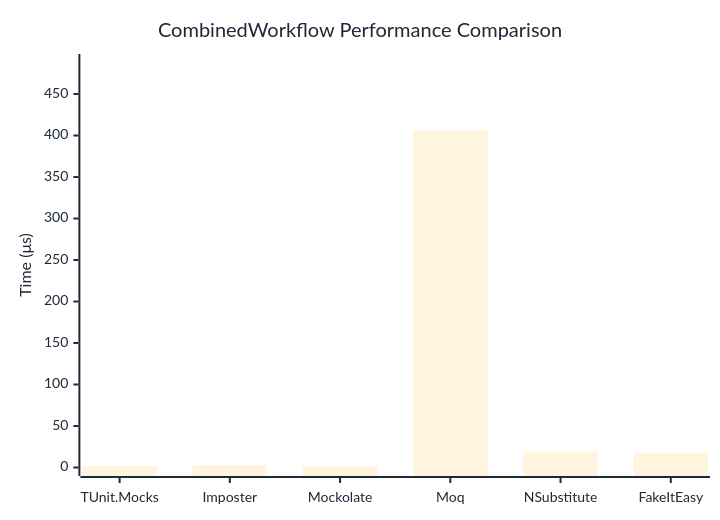
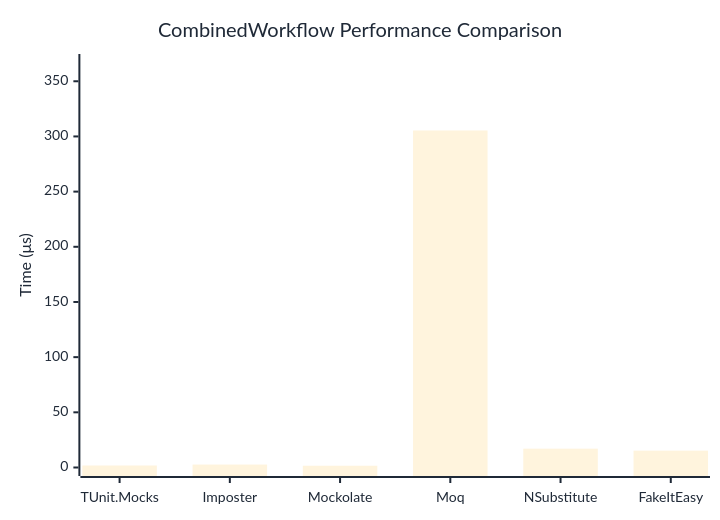
One commit to thomhurst/TUnit changed the diagram in docs/docs/benchmarks/mocks/CombinedWorkflow.md. Above: the diagram before and after it, drawn with Mermaid. The commit also changed other lines of this file and 14 other files, not shown here.

````diff
--- a/docs/docs/benchmarks/mocks/CombinedWorkflow.md
+++ b/docs/docs/benchmarks/mocks/CombinedWorkflow.md
@@ -30,27 +30,27 @@
 ```mermaid
 %%{init: {
   'theme':'base',
   'themeVariables': {
     'primaryColor': '#2563eb',
     'primaryTextColor': '#1f2937',
     'primaryBorderColor': '#1e40af',
     'lineColor': '#6b7280',
     'secondaryColor': '#7c3aed',
     'tertiaryColor': '#dc2626',
     'background': '#ffffff',
     'pie1': '#2563eb',
     'pie2': '#7c3aed',
     'pie3': '#dc2626',
     'pie4': '#f59e0b',
     'pie5': '#10b981',
     'pie6': '#06b6d4',
     'pie7': '#ec4899',
     'pie8': '#6366f1'
   }
 }}%%
 xychart-beta
   title "CombinedWorkflow Performance Comparison"
   x-axis ["TUnit.Mocks", "Imposter", "Mockolate", "Moq", "NSubstitute", "FakeItEasy"]
-  y-axis "Time (μs)" 0 --> 488
-  bar [1.956, 2.684, 1.663, 406.492, 19.215, 17.813]
+  y-axis "Time (μs)" 0 --> 367
+  bar [1.811, 2.674, 1.603, 305.4, 17.07, 15.281]
 ```
````
